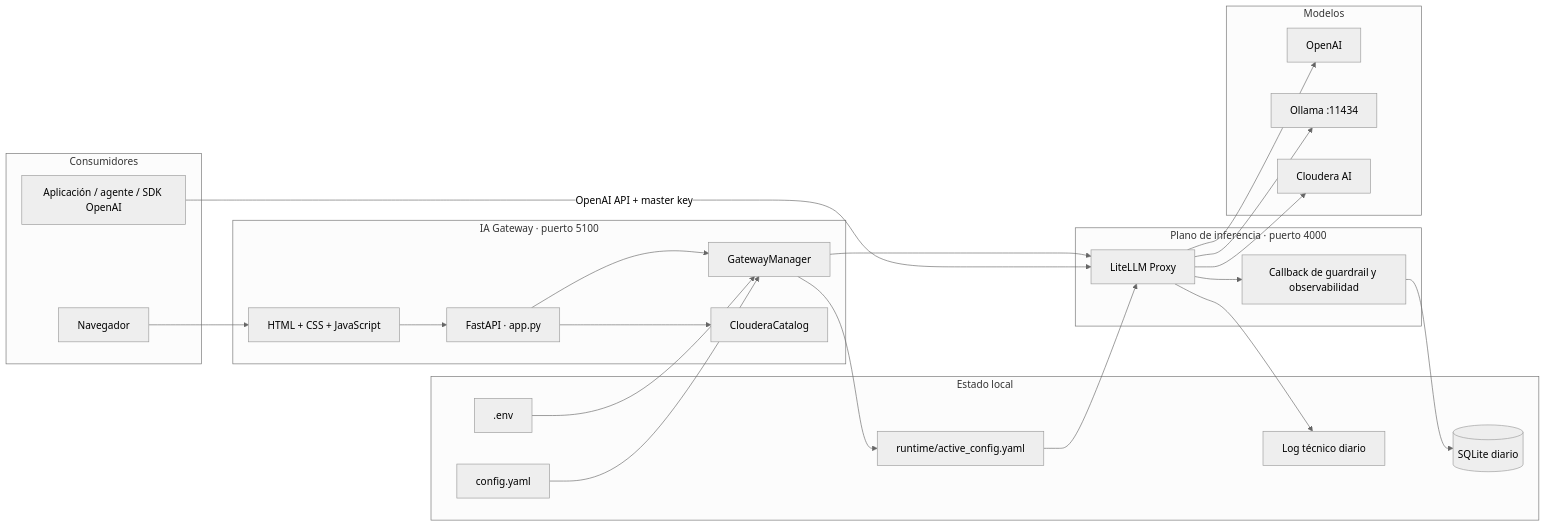
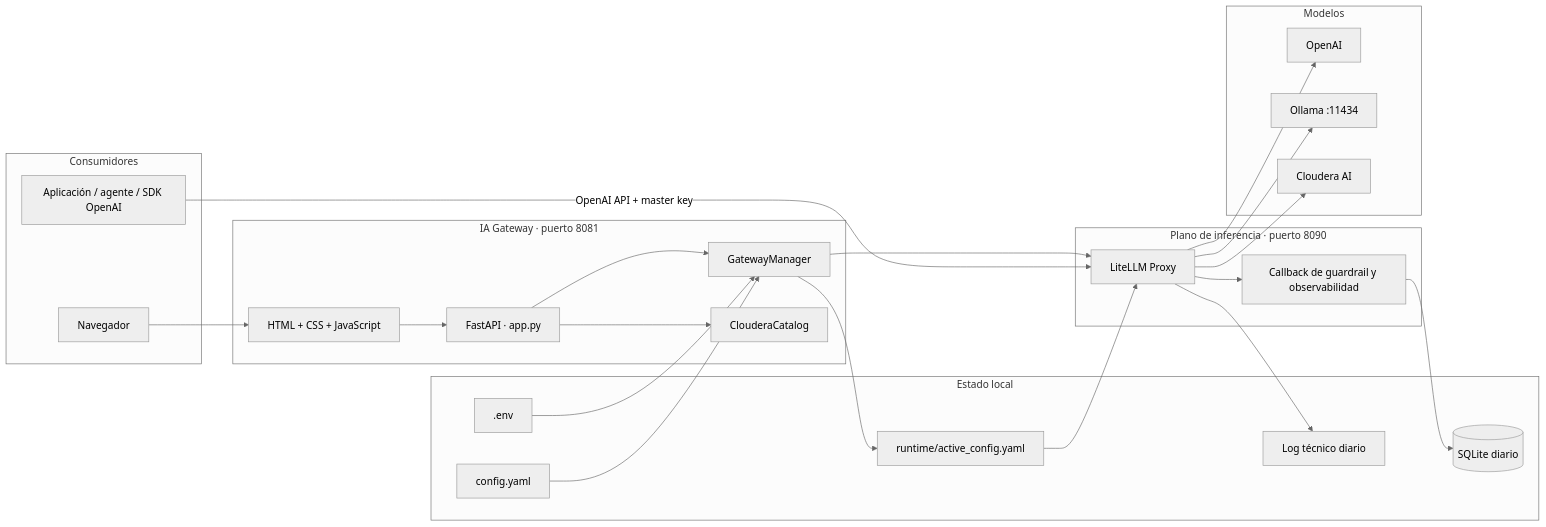
One commit to smerchanmole/AI-gateway changed the first of 4 diagrams in README.md. Above: the diagram before and after it, drawn with Mermaid (neutral theme). The commit also changed other lines of this file and 15 other files, not shown here.

````diff
--- a/README.md
+++ b/README.md
@@ -62,45 +64,45 @@
 ```mermaid
 flowchart LR
     subgraph CLIENTES["Consumidores"]
         WEB["Navegador"]
         APP["Aplicación / agente / SDK OpenAI"]
     end
 
-    subgraph PANEL["IA Gateway · puerto 5100"]
+    subgraph PANEL["IA Gateway · puerto 8081"]
         API["FastAPI · app.py"]
         UI["HTML + CSS + JavaScript"]
         CORE["GatewayManager"]
         CDP["ClouderaCatalog"]
     end
 
-    subgraph PROXY["Plano de inferencia · puerto 4000"]
+    subgraph PROXY["Plano de inferencia · puerto 8090"]
         LLM["LiteLLM Proxy"]
         CALLBACK["Callback de guardrail y observabilidad"]
     end
 
     subgraph DATOS["Estado local"]
         YAML["config.yaml"]
         ENV[".env"]
         RUN["runtime/active_config.yaml"]
         SQLITE[("SQLite diario")]
         LOG["Log técnico diario"]
     end
 
     subgraph PROVEEDORES["Modelos"]
         OPENAI["OpenAI"]
         OLLAMA["Ollama :11434"]
         CLOUDERA["Cloudera AI"]
     end
 
     WEB --> UI --> API
     APP -->|"OpenAI API + master key"| LLM
     API --> CORE --> LLM
     YAML --> CORE --> RUN --> LLM
     ENV --> CORE
     API --> CDP
     LLM --> CALLBACK --> SQLITE
     LLM --> LOG
     LLM --> OPENAI
     LLM --> OLLAMA
     LLM --> CLOUDERA
 ```
````
